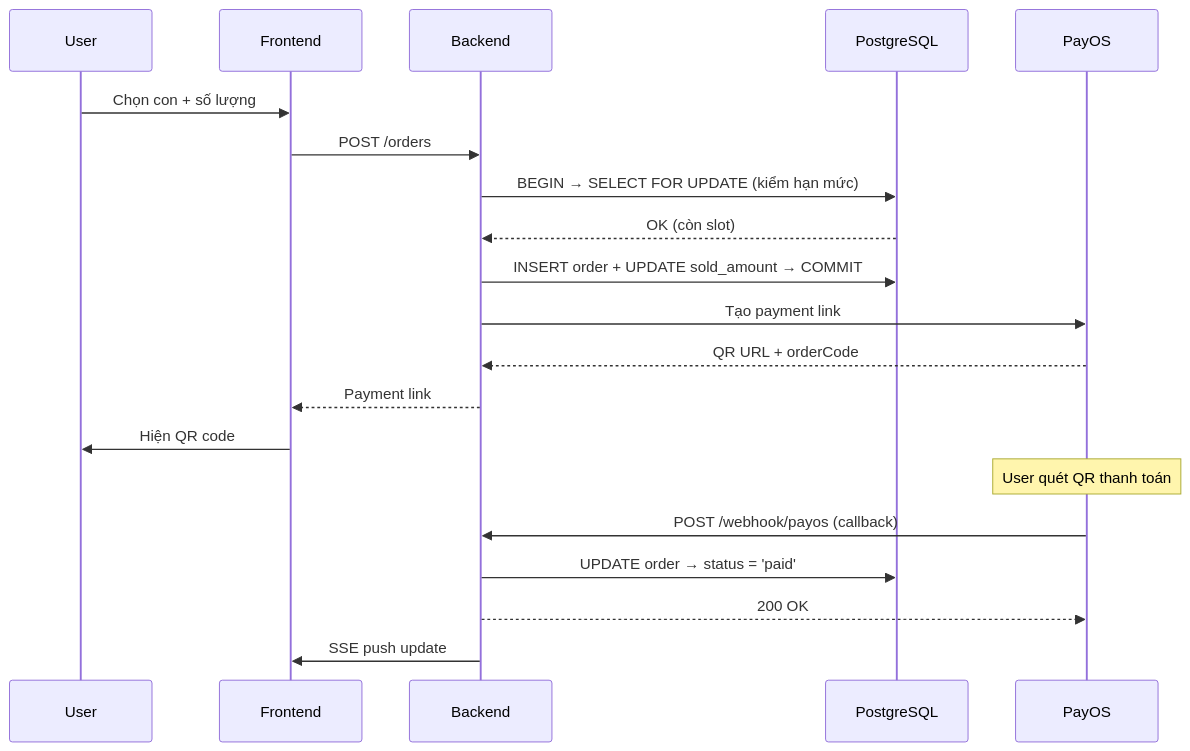
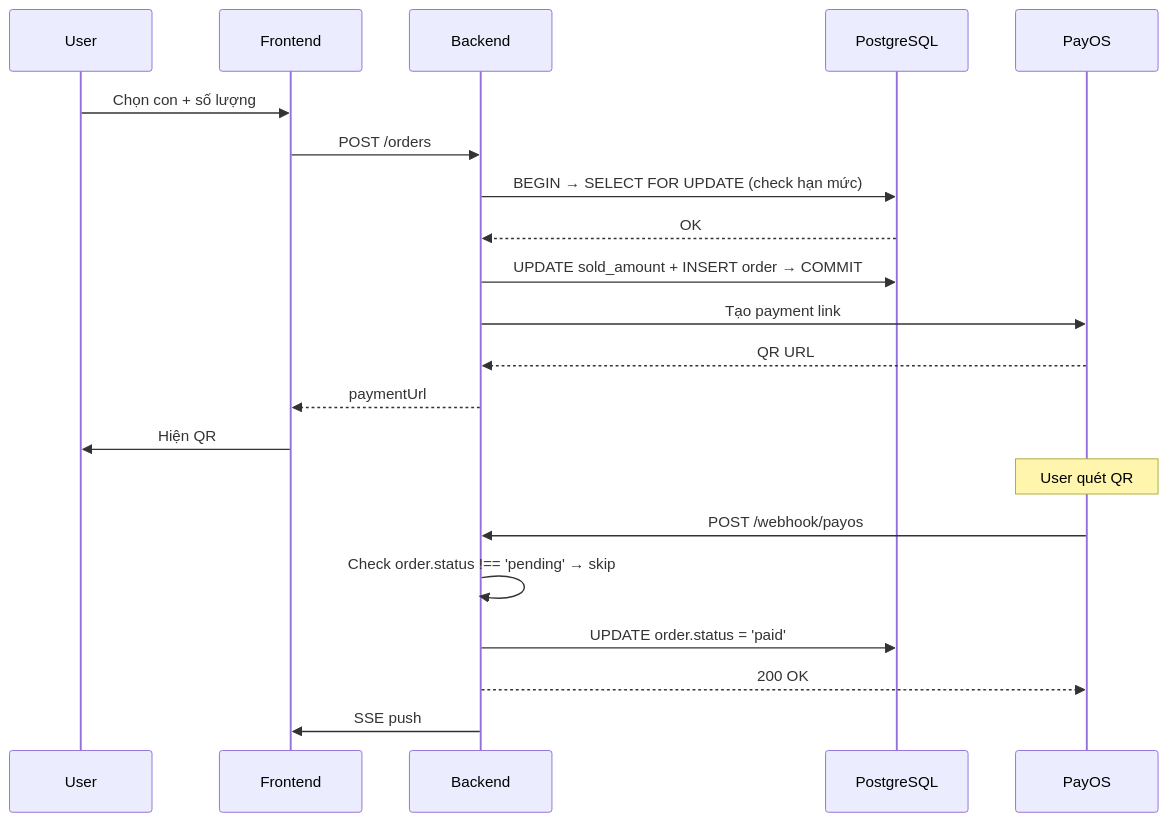
The second of 2 diagrams in README.md (initforge/u.i-conhon), drawn with Mermaid before and after one commit. The commit also changed other lines of this file and 3 other files, not shown here.

````diff
--- a/README.md
+++ b/README.md
@@ -128,25 +142,26 @@
 ```mermaid
 sequenceDiagram
     participant U as User
     participant FE as Frontend
     participant API as Backend
     participant DB as PostgreSQL
     participant PO as PayOS
 
     U->>FE: Chọn con + số lượng
     FE->>API: POST /orders
-    API->>DB: BEGIN → SELECT FOR UPDATE (kiểm hạn mức)
-    DB-->>API: OK (còn slot)
-    API->>DB: INSERT order + UPDATE sold_amount → COMMIT
+    API->>DB: BEGIN → SELECT FOR UPDATE (check hạn mức)
+    DB-->>API: OK
+    API->>DB: UPDATE sold_amount + INSERT order → COMMIT
     API->>PO: Tạo payment link
-    PO-->>API: QR URL + orderCode
-    API-->>FE: Payment link
-    FE->>U: Hiện QR code
+    PO-->>API: QR URL
+    API-->>FE: paymentUrl
+    FE->>U: Hiện QR
 
-    Note over PO: User quét QR thanh toán
+    Note over PO: User quét QR
 
-    PO->>API: POST /webhook/payos (callback)
-    API->>DB: UPDATE order → status = 'paid'
+    PO->>API: POST /webhook/payos
+    API->>API: Check order.status !== 'pending' → skip
+    API->>DB: UPDATE order.status = 'paid'
     API-->>PO: 200 OK
-    API->>FE: SSE push update
+    API->>FE: SSE push
 ```
````
